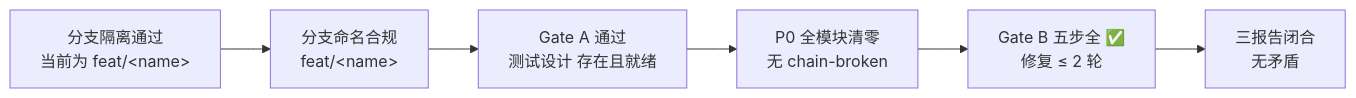
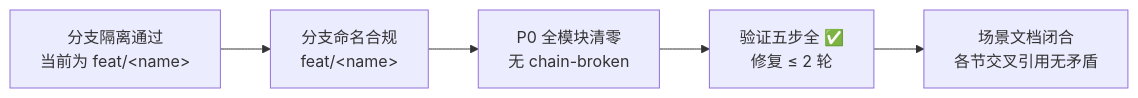
Before and after one commit to effiy/YrY: the ninth of 14 diagrams in rules/code-pipeline.md, drawn with Mermaid. The commit also changed other lines of this file and 37 other files, not shown here.

````diff
--- a/rules/code-pipeline.md
+++ b/rules/code-pipeline.md
@@ -254,9 +221,8 @@
 ```mermaid
 flowchart LR
     S0["分支隔离通过<br/>当前为 feat/&lt;name&gt;"]:::sig --> S1["分支命名合规<br/>feat/&lt;name&gt;"]:::sig
-    S1 --> S2["Gate A 通过<br/>测试设计 存在且就绪"]:::sig
-    S2 --> S3["P0 全模块清零<br/>无 chain-broken"]:::sig
-    S3 --> S4["Gate B 五步全 ✅<br/>修复 ≤ 2 轮"]:::sig
-    S4 --> S5["三报告闭合<br/>无矛盾"]:::sig
+    S1 --> S2["P0 全模块清零<br/>无 chain-broken"]:::sig
+    S2 --> S3["验证五步全 ✅<br/>修复 ≤ 2 轮"]:::sig
+    S3 --> S4["场景文档闭合<br/>各节交叉引用无矛盾"]:::sig
 
 ```
````
